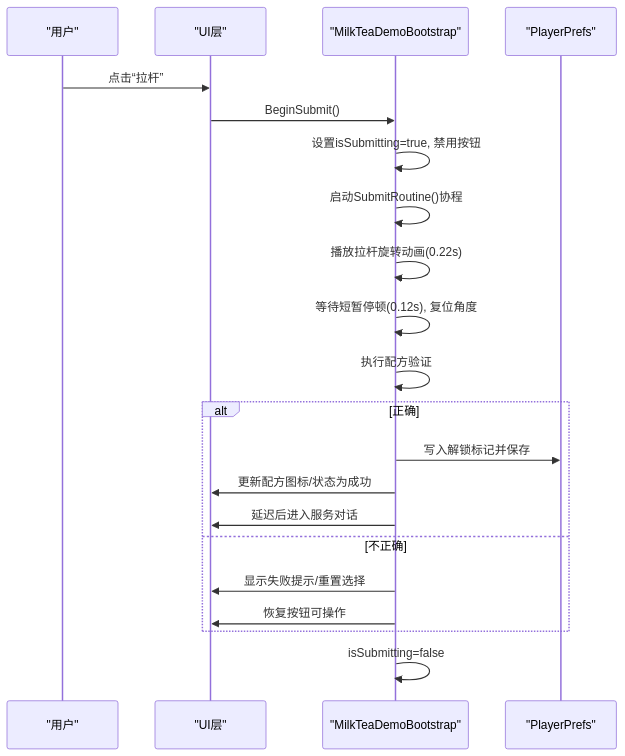
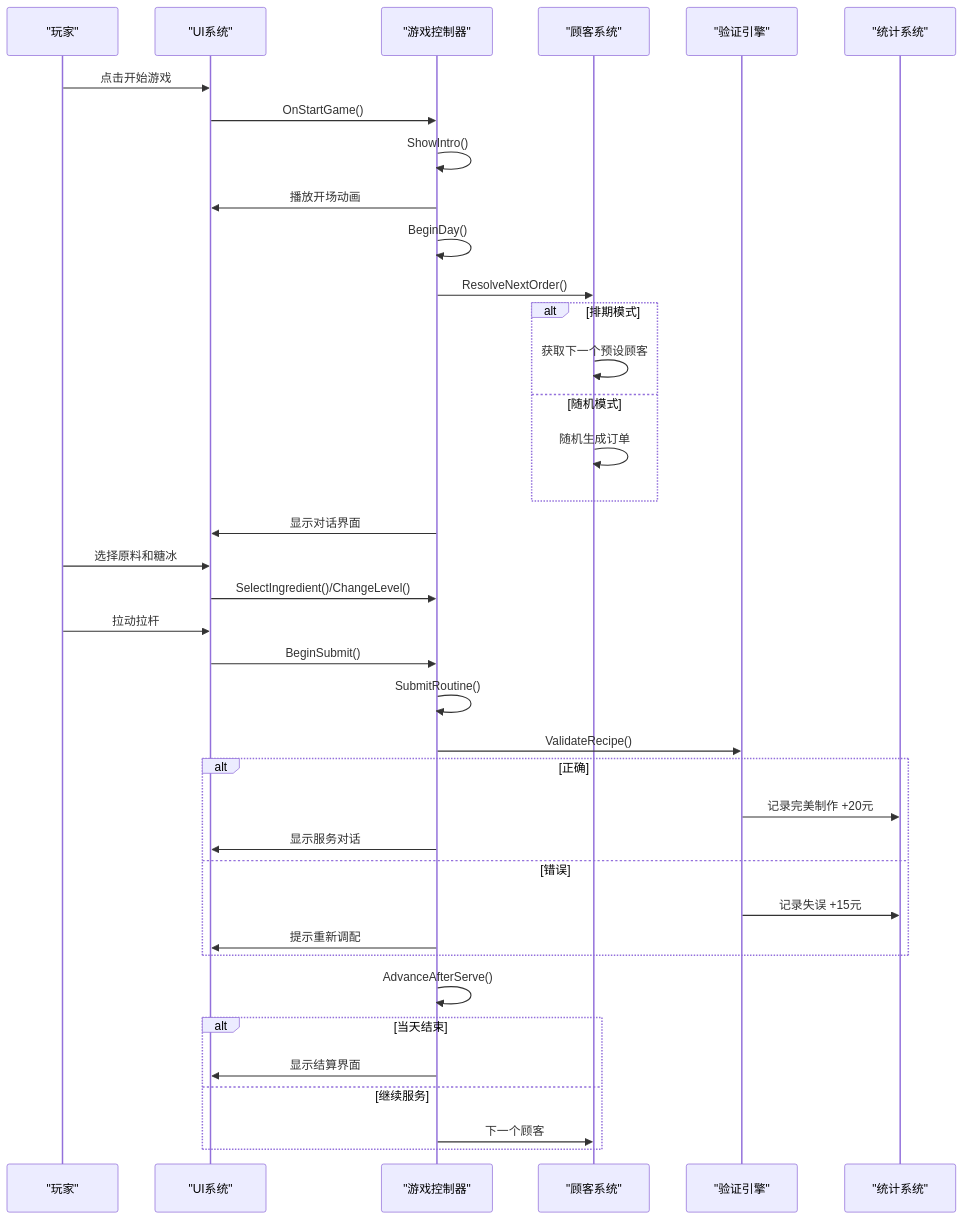
Before and after one commit to Thanatos42/-demo: the second of 4 diagrams in .qoder/repowiki/zh/content/订单处理流程.md, drawn with Mermaid. The commit also changed other lines of this file and 16 other files, not shown here.

````diff
--- a/.qoder/repowiki/zh/content/订单处理流程.md
+++ b/.qoder/repowiki/zh/content/订单处理流程.md
@@ -73,23 +91,40 @@
 ```mermaid
 sequenceDiagram
-participant U as "用户"
-participant UI as "UI层"
-participant BS as "MilkTeaDemoBootstrap"
-participant PV as "PlayerPrefs"
-U->>UI : 点击“拉杆”
-UI->>BS : BeginSubmit()
-BS->>BS : 设置isSubmitting=true, 禁用按钮
-BS->>BS : 启动SubmitRoutine()协程
-BS->>BS : 播放拉杆旋转动画(0.22s)
-BS->>BS : 等待短暂停顿(0.12s), 复位角度
-BS->>BS : 执行配方验证
+participant Player as "玩家"
+participant UI as "UI系统"
+participant Controller as "游戏控制器"
+participant Customer as "顾客系统"
+participant Validator as "验证引擎"
+participant Stats as "统计系统"
+Player->>UI : 点击开始游戏
+UI->>Controller : OnStartGame()
+Controller->>Controller : ShowIntro()
+Controller->>UI : 播放开场动画
+Controller->>Controller : BeginDay()
+Controller->>Customer : ResolveNextOrder()
+alt 排期模式
+Customer->>Customer : 获取下一个预设顾客
+else 随机模式
+Customer->>Customer : 随机生成订单
+end
+Controller->>UI : 显示对话界面
+Player->>UI : 选择原料和糖冰
+UI->>Controller : SelectIngredient()/ChangeLevel()
+Player->>UI : 拉动拉杆
+UI->>Controller : BeginSubmit()
+Controller->>Controller : SubmitRoutine()
+Controller->>Validator : ValidateRecipe()
 alt 正确
-BS->>PV : 写入解锁标记并保存
-BS->>UI : 更新配方图标/状态为成功
-BS->>UI : 延迟后进入服务对话
-else 不正确
-BS->>UI : 显示失败提示/重置选择
-BS->>UI : 恢复按钮可操作
+Validator->>Stats : 记录完美制作 +20元
+Controller->>UI : 显示服务对话
+else 错误
+Validator->>Stats : 记录失误 +15元
+Controller->>UI : 提示重新调配
 end
-BS->>BS : isSubmitting=false
+Controller->>Controller : AdvanceAfterServe()
+alt 当天结束
+Controller->>UI : 显示结算界面
+else 继续服务
+Controller->>Customer : 下一个顾客
+end
 ```
````
